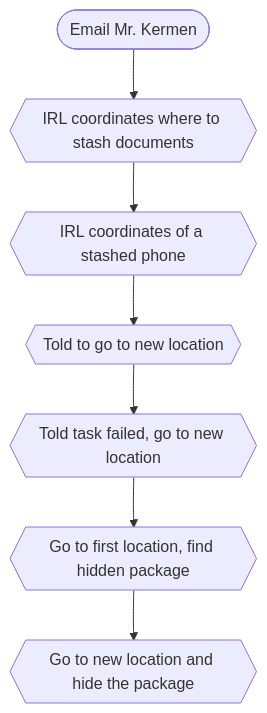
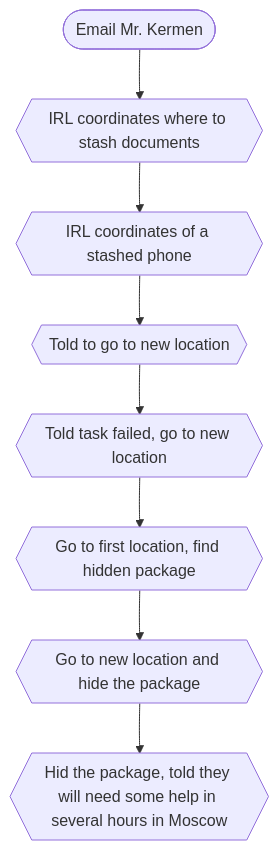
Before and after one commit to 3ncy/ARRS-s5: the diagram in irl2-tracker.md, drawn with Mermaid. The commit also changed other lines of this file, not shown here.

````diff
--- a/irl2-tracker.md
+++ b/irl2-tracker.md
@@ -4,9 +4,10 @@
 ```mermaid
 graph TD;
     email(["Email Mr. Kermen"]) --> irl2{{IRL coordinates where to stash documents}};
     irl2 --> irl3{{IRL coordinates of a stashed phone}};
     irl3 --> irl4{{Told to go to new location}};
     irl4 --> irl5{{Told task failed, go to new location}};
     irl5 --> irl6{{Go to first location, find hidden package}};
-    irl6 --> irl7{{Go to new location and hide the package}}
+    irl6 --> irl7{{Go to new location and hide the package}};
+    irl7 --> irl8{{Hid the package, told they will need some help in several hours in Moscow}}
 ```
````
